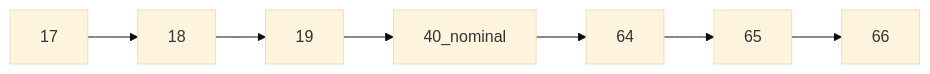
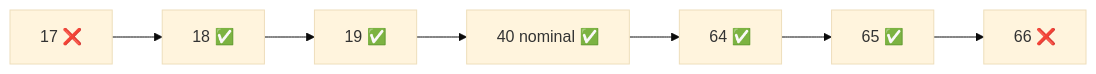
One commit to joshuacba08/qa-engineering-book changed the fifth of 7 diagrams in parte1-pensar-como-qa/02-diseno-de-tests.md. Above: the diagram before and after it, drawn with Mermaid (base theme). The commit also changed other lines of this file and 1 other file, not shown here.

````diff
--- a/parte1-pensar-como-qa/02-diseno-de-tests.md
+++ b/parte1-pensar-como-qa/02-diseno-de-tests.md
@@ -470,9 +483,9 @@
 ```mermaid
 graph LR
-    A[17] --> B[18]
-    B --> C[19]
-    C --> D[40_nominal]
-    D --> E[64]
-    E --> F[65]
-    F --> G[66]
+    A[17 ❌] --> B[18 ✅]
+    B --> C[19 ✅]
+    C --> D[40 nominal ✅]
+    D --> E[64 ✅]
+    E --> F[65 ✅]
+    F --> G[66 ❌]
 ```
````
